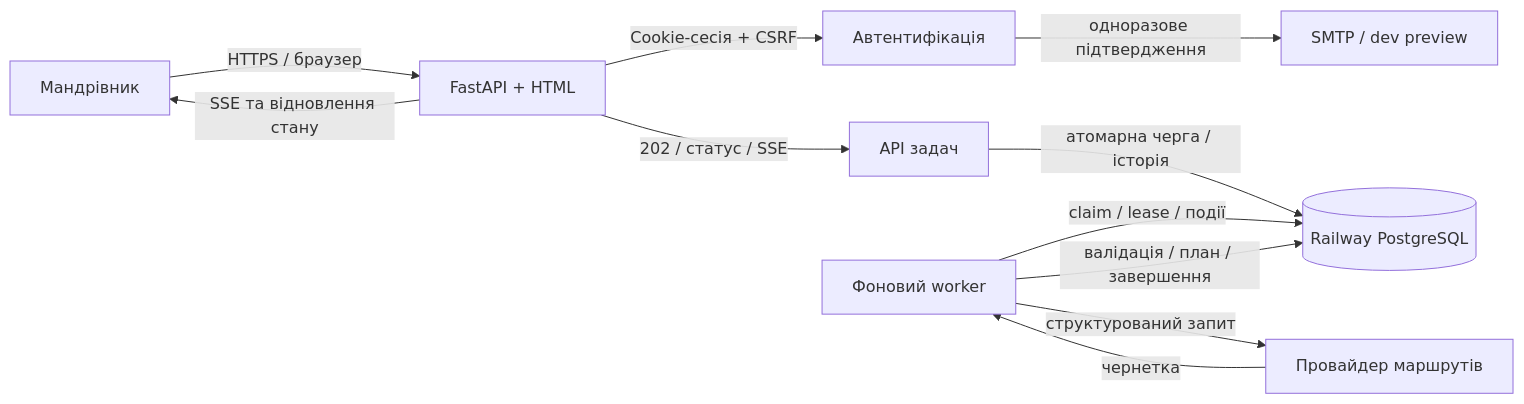
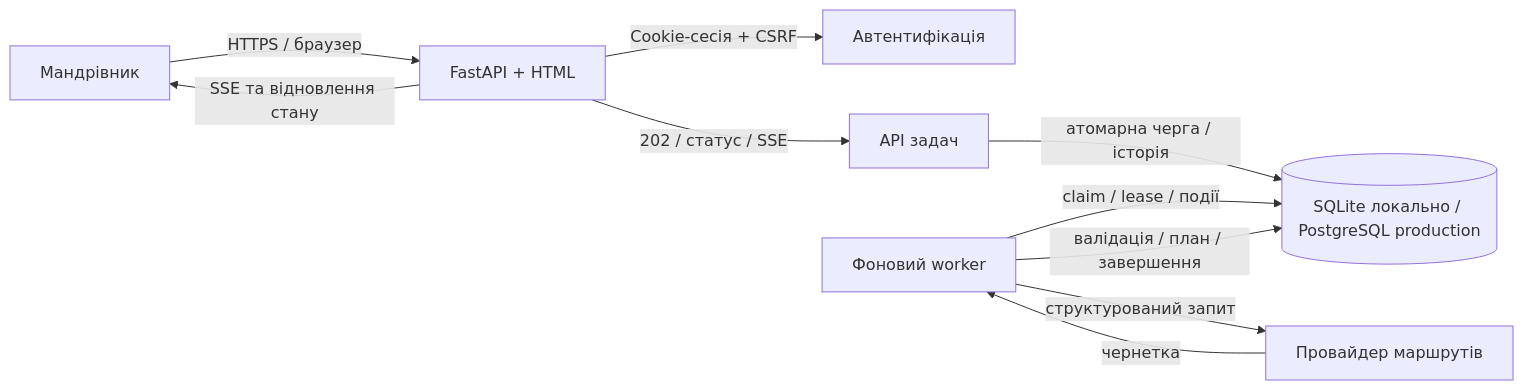
The first of 2 diagrams in docs/architecture.md (BobaBobus123/TripPlanner-AI), drawn with Mermaid before and after one commit. The commit also changed other lines of this file and 24 other files, not shown here.

````diff
--- a/docs/architecture.md
+++ b/docs/architecture.md
@@ -7,13 +7,12 @@
 ```mermaid
 flowchart LR
     User[Мандрівник] -->|HTTPS / браузер| Web[FastAPI + HTML]
     Web -->|Cookie-сесія + CSRF| Auth[Автентифікація]
-    Auth -->|одноразове підтвердження| Mail[SMTP / dev preview]
     Web -->|202 / статус / SSE| Jobs[API задач]
-    Jobs -->|атомарна черга / історія| DB[(Railway PostgreSQL)]
+    Jobs -->|атомарна черга / історія| DB[(SQLite локально / PostgreSQL production)]
     Worker[Фоновий worker] -->|claim / lease / події| DB
     Worker -->|структурований запит| Provider[Провайдер маршрутів]
     Provider -->|чернетка| Worker
     Worker -->|валідація / план / завершення| DB
     Web -->|SSE та відновлення стану| User
 ```
````
